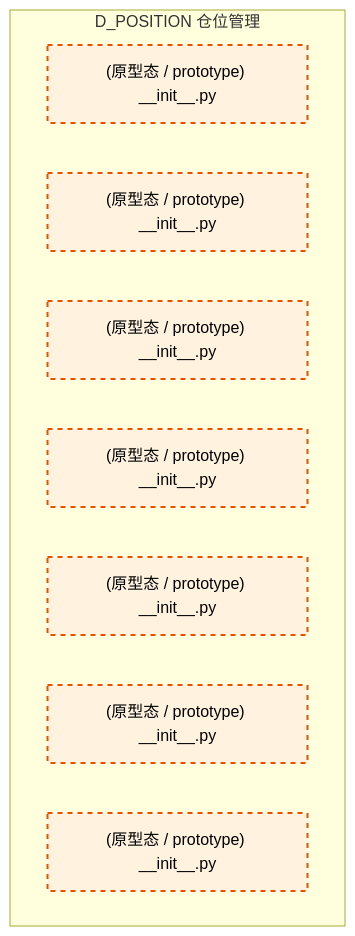
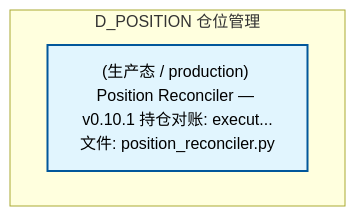
The second of 2 diagrams in docs/02_enterprise_architecture/02_domain_architecture_docs/53_d_position.md (xuanFelixVan/ZephyrAlpha), drawn with Mermaid before and after one commit. The commit also changed other lines of this file and 126 other files, not shown here.

````diff
--- a/docs/02_enterprise_architecture/02_domain_architecture_docs/53_d_position.md
+++ b/docs/02_enterprise_architecture/02_domain_architecture_docs/53_d_position.md
@@ -128,17 +79,11 @@
 ```mermaid
 graph TD
     subgraph D_POSITION["D_POSITION 仓位管理"]
-        src_zephyr_position_init_py["(原型态 / prototype) __init__.py"]
-        src_zephyr_position_extensions_init_py["(原型态 / prototype) __init__.py"]
-        src_zephyr_position_api_init_py["(原型态 / prototype) __init__.py"]
-        src_zephyr_position_core_init_py["(原型态 / prototype) __init__.py"]
-        src_zephyr_position_infrastructure_init_py["(原型态 / prototype) __init__.py"]
-        src_zephyr_position_models_init_py["(原型态 / prototype) __init__.py"]
-        src_zephyr_position_services_init_py["(原型态 / prototype) __init__.py"]
+        src_zephyr_position_position_reconciler_py["(生产态 / production) Position Reconciler — v0.10.1 持仓对账: execut...<br/>文件: position_reconciler.py"]
     end
     classDef production fill:#e1f5fe,stroke:#01579b,stroke-width:2px,color:#000
     classDef design fill:#fff3e0,stroke:#e65100,stroke-width:2px,color:#000,stroke-dasharray: 5 5
     classDef external_prod fill:#e8f5e9,stroke:#1b5e20,stroke-width:1px,color:#000
     classDef external_design fill:#fce4ec,stroke:#880e4f,stroke-width:1px,color:#000,stroke-dasharray: 5 5
-    class src_zephyr_position_init_py,src_zephyr_position_extensions_init_py,src_zephyr_position_api_init_py,src_zephyr_position_core_init_py,src_zephyr_position_infrastructure_init_py,src_zephyr_position_models_init_py,src_zephyr_position_services_init_py design
+    class src_zephyr_position_position_reconciler_py production
 ```
````
